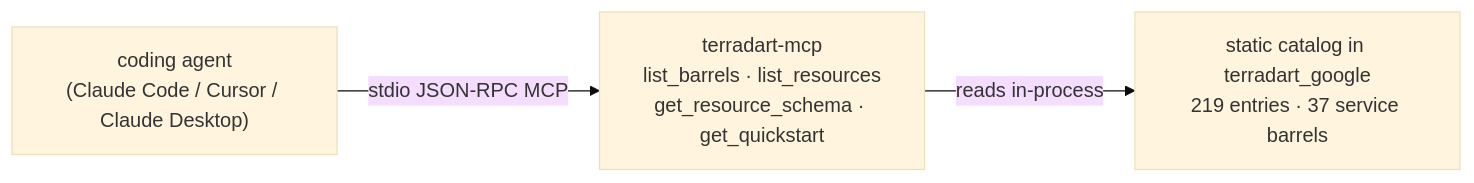
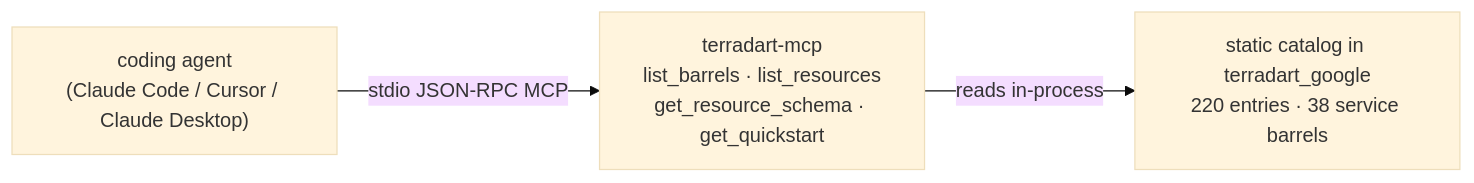
The diagram in website/src/content/docs/docs/agent/index.md (nozomi-koborinai/terradart), drawn with Mermaid (base theme) before and after one commit. The commit also changed other lines of this file and 27 other files, not shown here.

````diff
--- a/website/src/content/docs/docs/agent/index.md
+++ b/website/src/content/docs/docs/agent/index.md
@@ -12,8 +12,8 @@
 ```mermaid
 graph LR
   agent["coding agent<br/>(Claude Code / Cursor / Claude Desktop)"]
   mcp["terradart-mcp<br/>list_barrels · list_resources<br/>get_resource_schema · get_quickstart"]
-  catalog["static catalog in terradart_google<br/>219 entries · 37 service barrels"]
+  catalog["static catalog in terradart_google<br/>220 entries · 38 service barrels"]
   agent -->|stdio JSON-RPC MCP| mcp
   mcp -->|reads in-process| catalog
 ```
````
